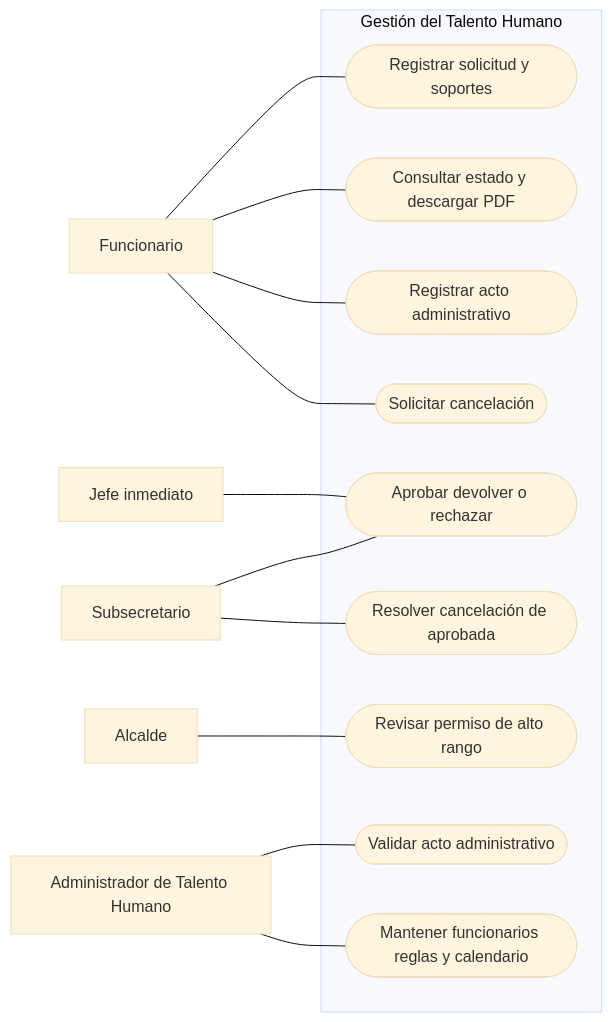
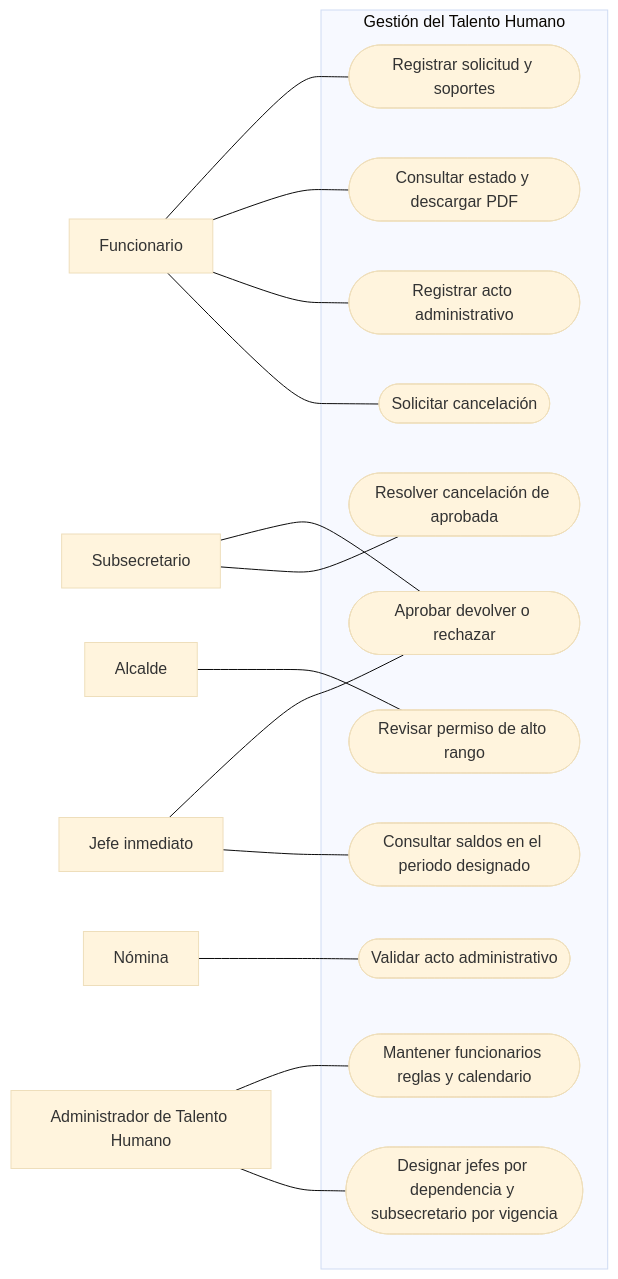
Before and after one commit to cajf/Permisos-2026: the diagram in docs/diagramas/casos-de-uso.mmd, drawn with Mermaid (base theme). The commit also changed 42 other files, not shown here.

Commit message:
Agregar designaciones por vigencia, Nómina, cumpleaños y horarios especiales

```diff
--- a/docs/diagramas/casos-de-uso.mmd
+++ b/docs/diagramas/casos-de-uso.mmd
@@ -1,22 +1,26 @@
 flowchart LR
     F[Funcionario]
     J[Jefe inmediato]
     S[Subsecretario]
     A[Alcalde]
     TH[Administrador de Talento Humano]
+    N[Nómina]
     subgraph Aplicacion[Gestión del Talento Humano]
         U1([Registrar solicitud y soportes])
         U2([Consultar estado y descargar PDF])
         U3([Registrar acto administrativo])
         U4([Solicitar cancelación])
         U5([Aprobar devolver o rechazar])
         U6([Resolver cancelación de aprobada])
         U7([Revisar permiso de alto rango])
         U8([Validar acto administrativo])
         U9([Mantener funcionarios reglas y calendario])
+        U10([Designar jefes por dependencia y subsecretario por vigencia])
+        U11([Consultar saldos en el periodo designado])
     end
     F --- U1 & U2 & U3 & U4
-    J --- U5
+    J --- U5 & U11
     S --- U5 & U6
     A --- U7
-    TH --- U8 & U9
+    N --- U8
+    TH --- U9 & U10
```
